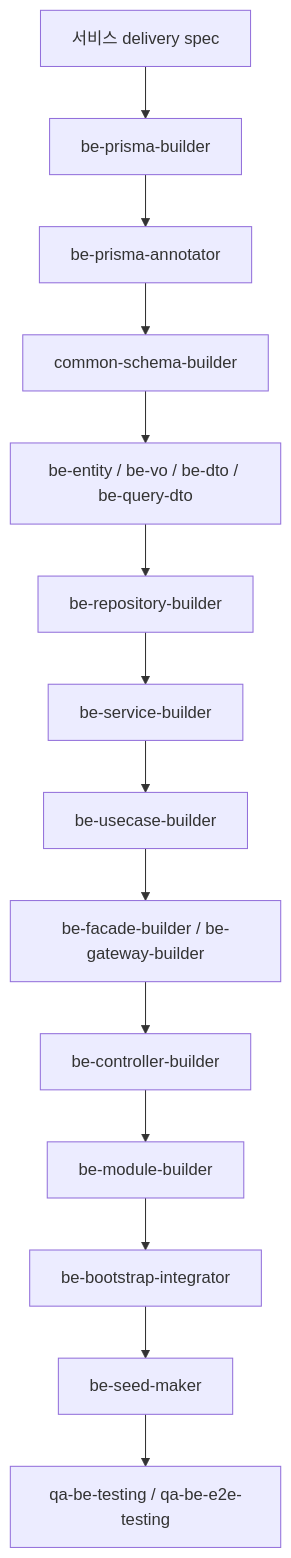
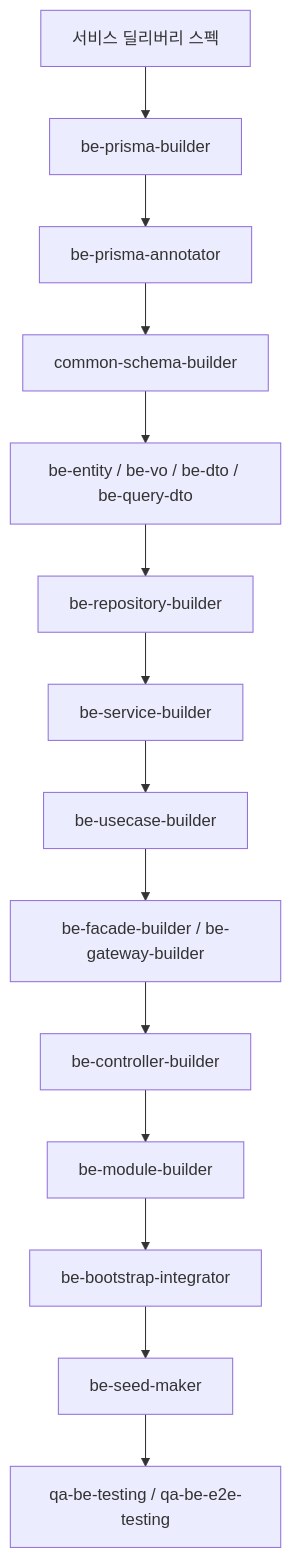
Before and after one commit to kimjoongwon/prj-core: the fourth of 6 diagrams in docs/orchestration-agent-relationship-flow.md, drawn with Mermaid. The commit also changed other lines of this file and 214 other files, not shown here.

````diff
--- a/docs/orchestration-agent-relationship-flow.md
+++ b/docs/orchestration-agent-relationship-flow.md
@@ -216,16 +219,16 @@
 ```mermaid
 flowchart TD
-  Spec["서비스 delivery spec"] --> P["be-prisma-builder"]
+  Spec["서비스 딜리버리 스펙"] --> P["be-prisma-builder"]
   P --> PA["be-prisma-annotator"]
   PA --> S["common-schema-builder"]
   S --> M["be-entity / be-vo / be-dto / be-query-dto"]
   M --> R["be-repository-builder"]
   R --> SV["be-service-builder"]
   SV --> UC["be-usecase-builder"]
   UC --> F["be-facade-builder / be-gateway-builder"]
   F --> C["be-controller-builder"]
   C --> MOD["be-module-builder"]
   MOD --> BOOT["be-bootstrap-integrator"]
   BOOT --> SEED["be-seed-maker"]
   SEED --> QA["qa-be-testing / qa-be-e2e-testing"]
 ```
````
